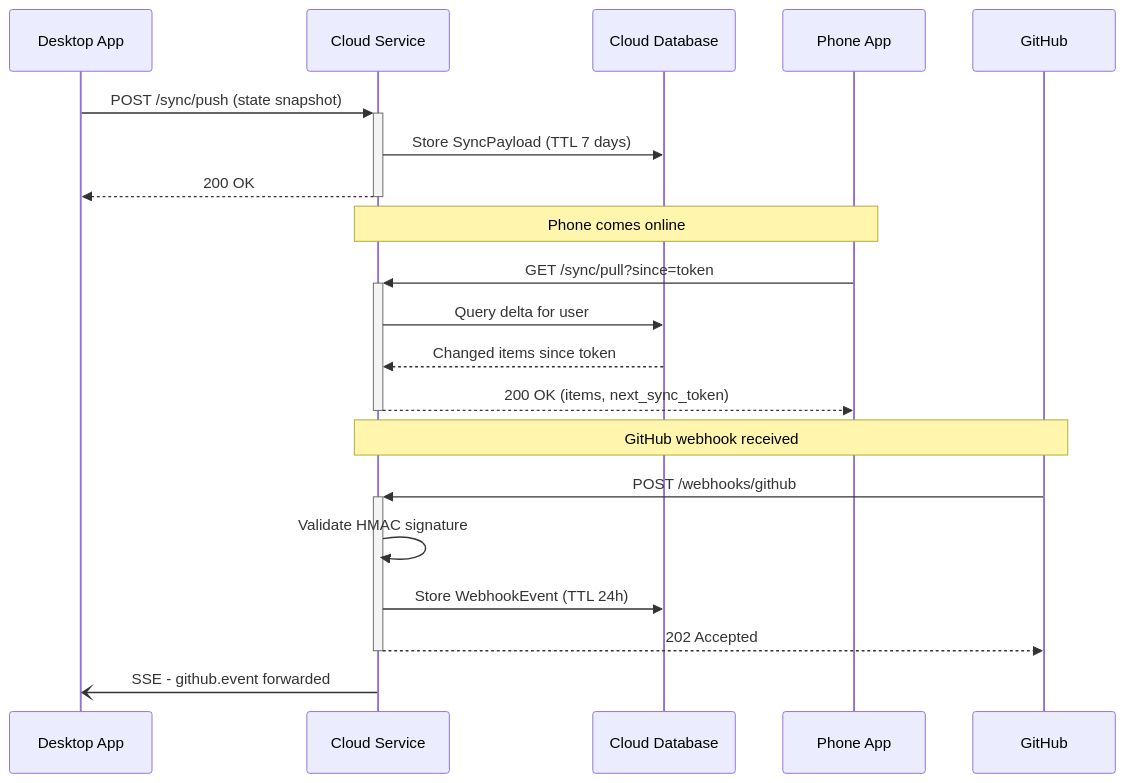
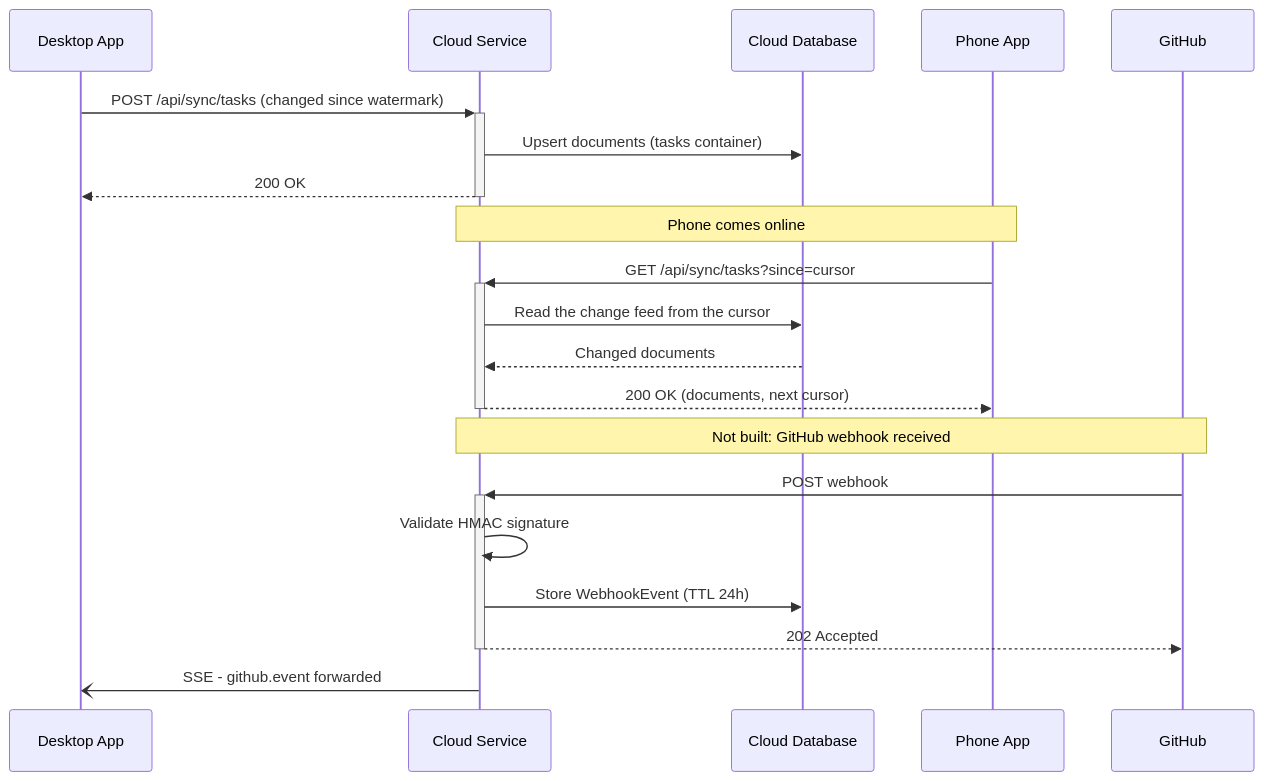
The second of 14 diagrams in .devbook/arc42/06-runtime-view.md (JSdotNet/Backlog), drawn with Mermaid before and after one commit. The commit also changed other lines of this file and 131 other files, not shown here.

````diff
--- a/.devbook/arc42/06-runtime-view.md
+++ b/.devbook/arc42/06-runtime-view.md
@@ -50,25 +53,25 @@
 ```mermaid
 sequenceDiagram
     participant Desktop as Desktop App
     participant Cloud as Cloud Service
     participant DB as Cloud Database
     participant Phone as Phone App
     participant GH as GitHub
 
-    Desktop->>+Cloud: POST /sync/push (state snapshot)
-    Cloud->>DB: Store SyncPayload (TTL 7 days)
+    Desktop->>+Cloud: POST /api/sync/tasks (changed since watermark)
+    Cloud->>DB: Upsert documents (tasks container)
     Cloud-->>-Desktop: 200 OK
 
     Note over Phone,Cloud: Phone comes online
-    Phone->>+Cloud: GET /sync/pull?since=token
-    Cloud->>DB: Query delta for user
-    DB-->>Cloud: Changed items since token
-    Cloud-->>-Phone: 200 OK (items, next_sync_token)
+    Phone->>+Cloud: GET /api/sync/tasks?since=cursor
+    Cloud->>DB: Read the change feed from the cursor
+    DB-->>Cloud: Changed documents
+    Cloud-->>-Phone: 200 OK (documents, next cursor)
 
-    Note over GH,Cloud: GitHub webhook received
-    GH->>+Cloud: POST /webhooks/github
+    Note over GH,Cloud: Not built: GitHub webhook received
+    GH->>+Cloud: POST webhook
     Cloud->>Cloud: Validate HMAC signature
     Cloud->>DB: Store WebhookEvent (TTL 24h)
     Cloud-->>-GH: 202 Accepted
     Cloud-)Desktop: SSE - github.event forwarded
 ```
````
